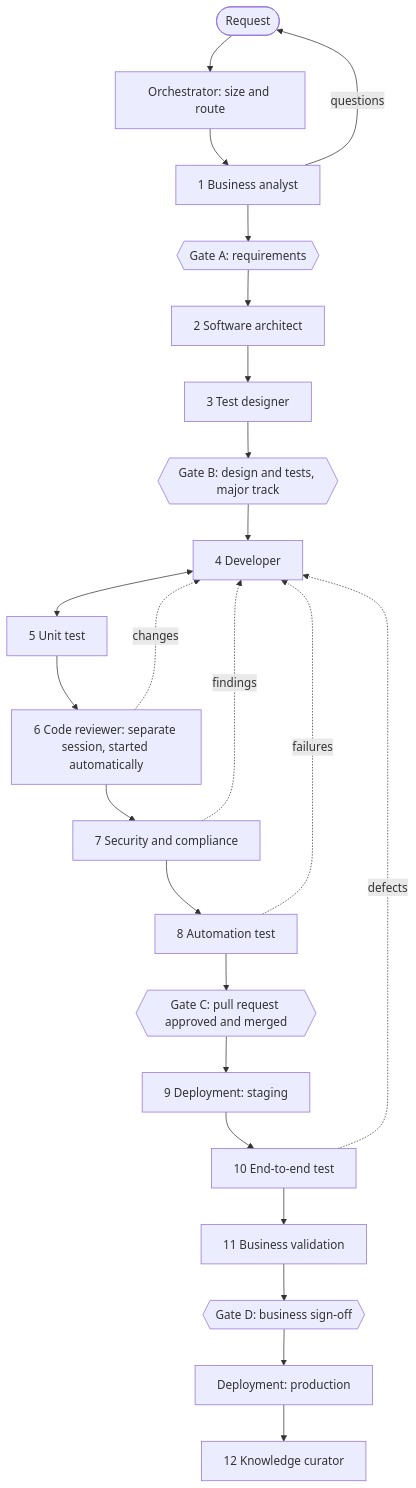
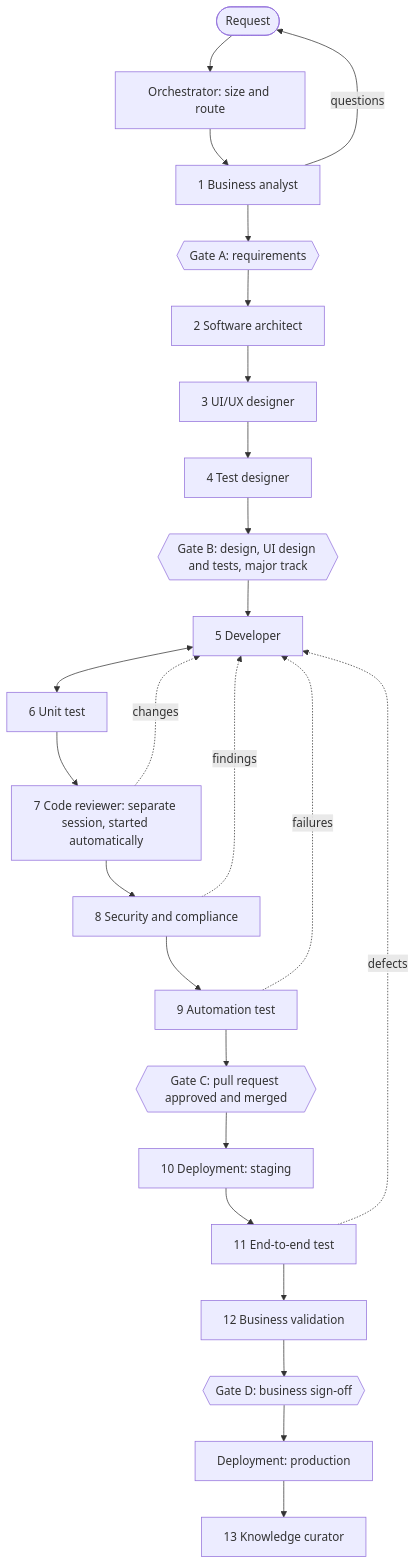
One commit to kishorjakkula/LatticePolicy changed the diagram in docs/delivery/WORKFLOW.md. Above: the diagram before and after it, drawn with Mermaid. The commit also changed other lines of this file and 73 other files, not shown here.

First line of the commit message:
Delivery flow: fix code review findings; add the UI/UX designer agent

````diff
--- a/docs/delivery/WORKFLOW.md
+++ b/docs/delivery/WORKFLOW.md
@@ -24,26 +24,27 @@
 ```mermaid
 flowchart TD
   R([Request]) --> O[Orchestrator: size and route]
   O --> BA[1 Business analyst]
   BA -->|questions| R
   BA --> GA{{Gate A: requirements}}
   GA --> SA[2 Software architect]
-  SA --> TD[3 Test designer]
-  TD --> GB{{Gate B: design and tests, major track}}
-  GB --> DEV[4 Developer]
-  DEV <--> UT[5 Unit test]
-  UT --> CR[6 Code reviewer: separate session, started automatically]
+  SA --> UX[3 UI/UX designer]
+  UX --> TD[4 Test designer]
+  TD --> GB{{Gate B: design, UI design and tests, major track}}
+  GB --> DEV[5 Developer]
+  DEV <--> UT[6 Unit test]
+  UT --> CR[7 Code reviewer: separate session, started automatically]
   CR -.->|changes| DEV
-  CR --> SEC[7 Security and compliance]
+  CR --> SEC[8 Security and compliance]
   SEC -.->|findings| DEV
-  SEC --> AT[8 Automation test]
+  SEC --> AT[9 Automation test]
   AT -.->|failures| DEV
   AT --> GC{{Gate C: pull request approved and merged}}
-  GC --> DEP[9 Deployment: staging]
-  DEP --> E2E[10 End-to-end test]
+  GC --> DEP[10 Deployment: staging]
+  DEP --> E2E[11 End-to-end test]
   E2E -.->|defects| DEV
-  E2E --> BV[11 Business validation]
+  E2E --> BV[12 Business validation]
   BV --> GD{{Gate D: business sign-off}}
   GD --> PROD[Deployment: production]
-  PROD --> KC[12 Knowledge curator]
+  PROD --> KC[13 Knowledge curator]
 ```
````
